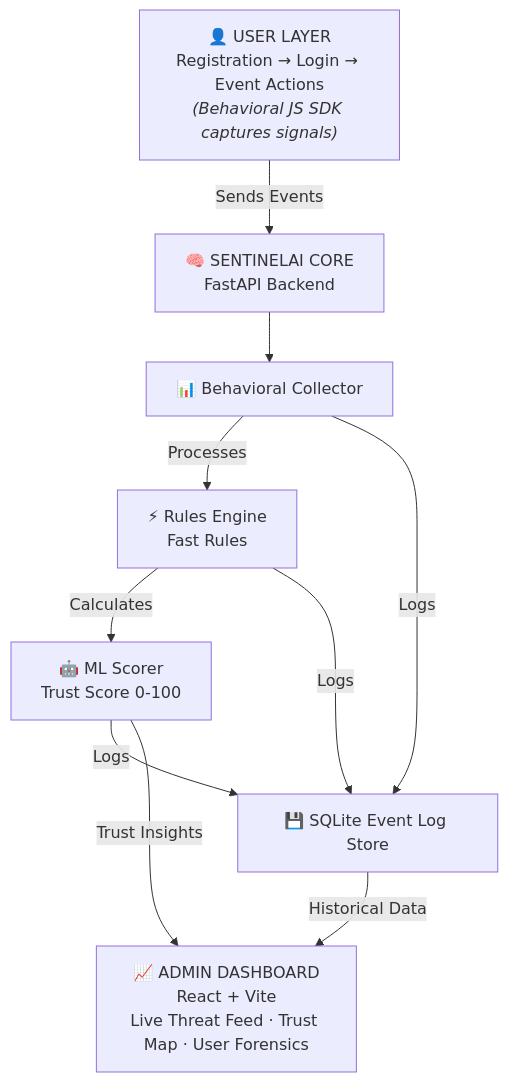
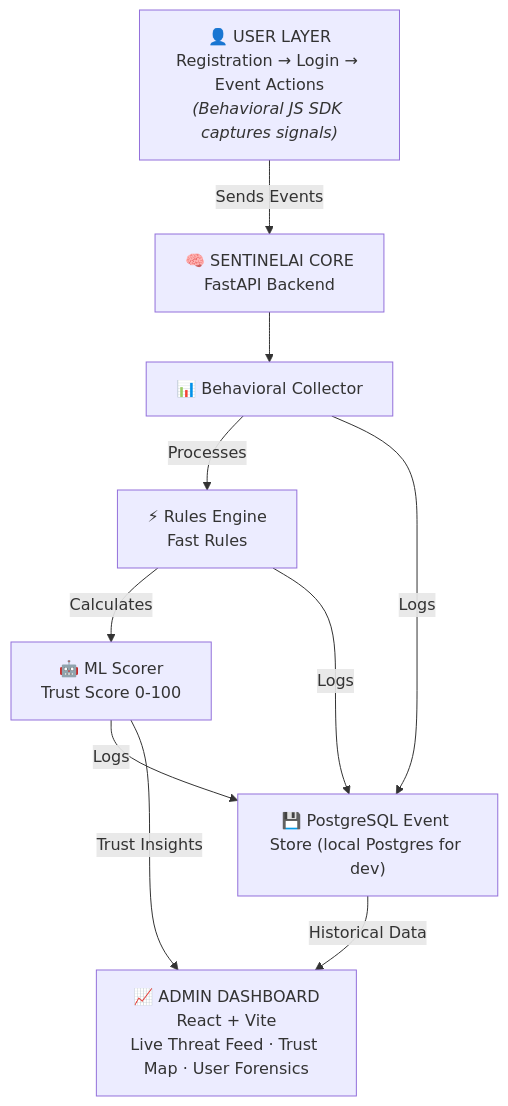
Before and after one commit to ArindamTripathi619/sentinelai: the diagram in README.md, drawn with Mermaid. The commit also changed other lines of this file and 29 other files, not shown here.

````diff
--- a/README.md
+++ b/README.md
@@ -50,23 +50,23 @@
 ```mermaid
 graph TD
     A["👤 USER LAYER<br/>Registration → Login → Event Actions<br/><i>(Behavioral JS SDK captures signals)</i>"]
     
     B["🧠 SENTINELAI CORE<br/>FastAPI Backend"]
     
     C["📊 Behavioral Collector"]
     D["⚡ Rules Engine<br/>Fast Rules"]
     E["🤖 ML Scorer<br/>Trust Score 0-100"]
-    F["💾 SQLite Event Log Store"]
+    F["💾 PostgreSQL Event Store (local Postgres for dev)"]
     
     G["📈 ADMIN DASHBOARD<br/>React + Vite<br/>Live Threat Feed · Trust Map · User Forensics"]
     
     A -->|Sends Events| B
     B --> C
     C -->|Processes| D
     D -->|Calculates| E
     C -->|Logs| F
     D -->|Logs| F
     E -->|Logs| F
     E -->|Trust Insights| G
     F -->|Historical Data| G
 ```
````
